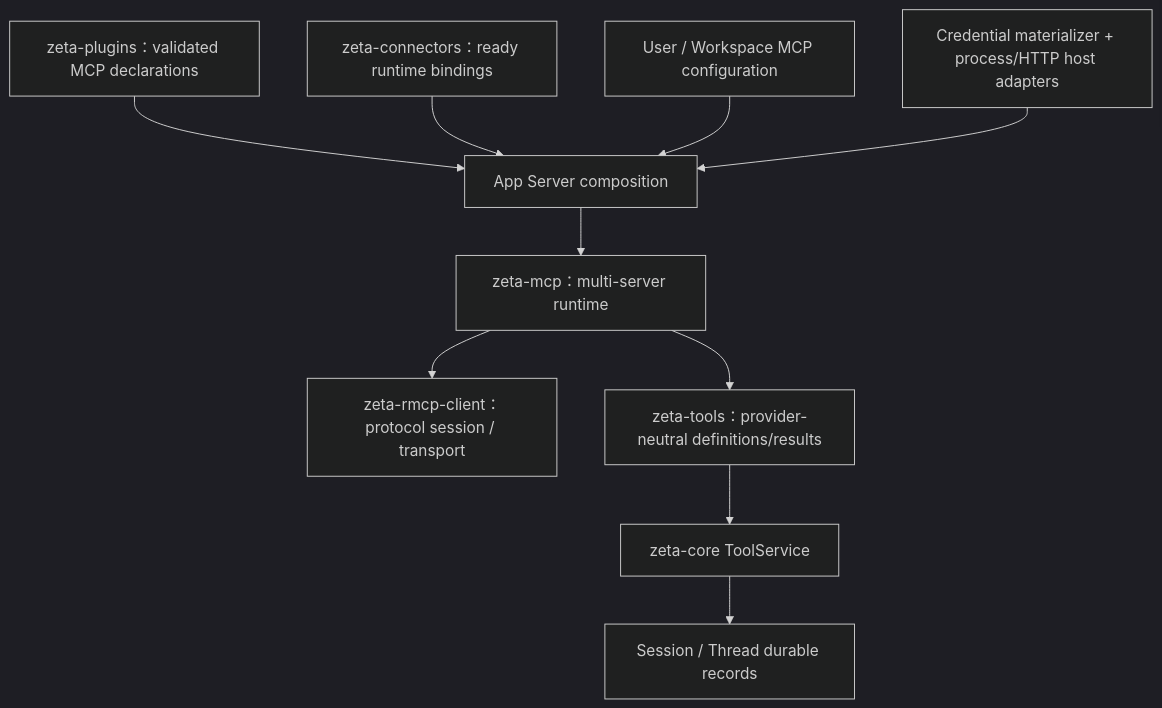
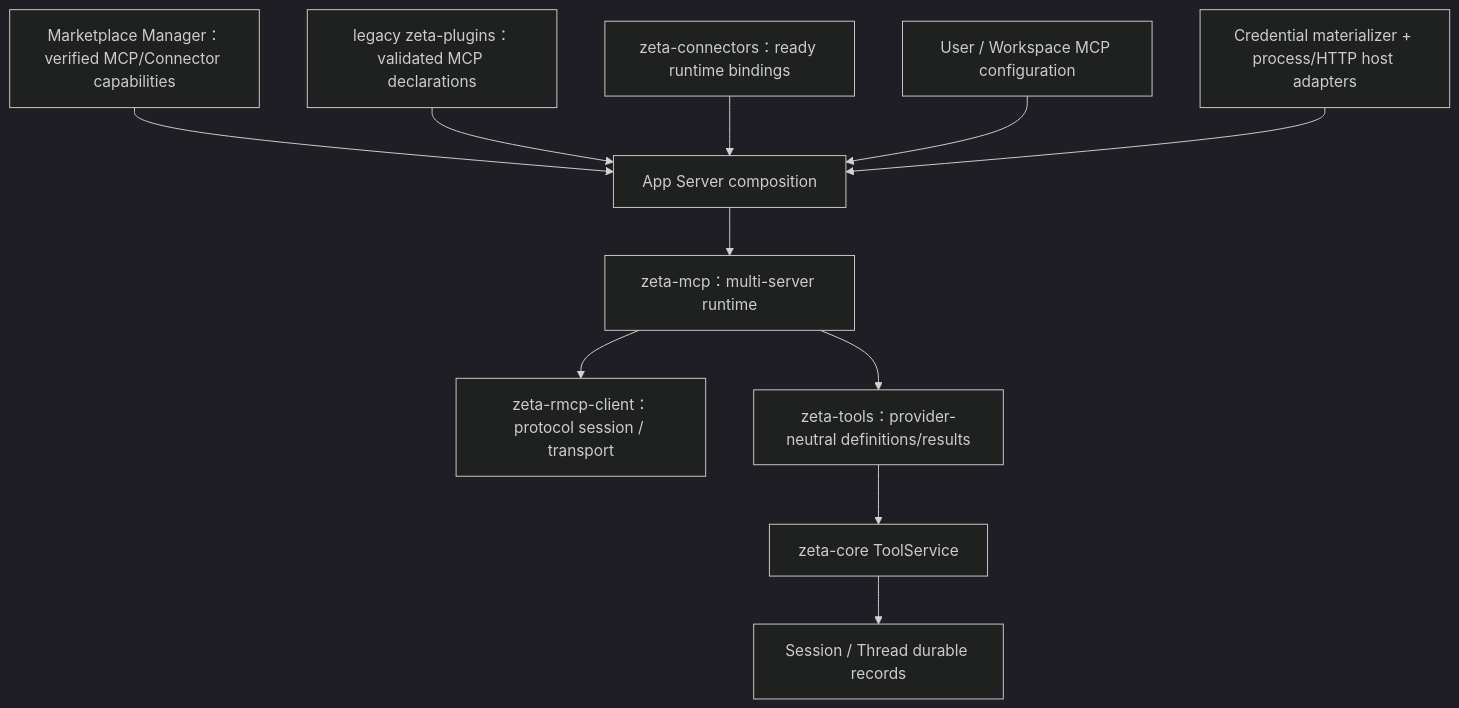
Before and after one commit to chogng/zeta: the second of 2 diagrams in docs/mcp.md, drawn with Mermaid (dark theme). The commit also changed other lines of this file and 352 other files, not shown here.

````diff
--- a/docs/mcp.md
+++ b/docs/mcp.md
@@ -194,12 +203,13 @@
 ```mermaid
 flowchart TD
-    P["zeta-plugins：validated MCP declarations"] --> A["App Server composition"]
+    P["Marketplace Manager：verified MCP/Connector capabilities"] --> A["App Server composition"]
+    L["legacy zeta-plugins：validated MCP declarations"] --> A
     C["zeta-connectors：ready runtime bindings"] --> A
     U["User / Workspace MCP configuration"] --> A
     H["Credential materializer + process/HTTP host adapters"] --> A
     A --> M["zeta-mcp：multi-server runtime"]
     M --> R["zeta-rmcp-client：protocol session / transport"]
     M --> Z["zeta-tools：provider-neutral definitions/results"]
     Z --> K["zeta-core ToolService"]
     K --> D["Session / Thread durable records"]
 ```
````
